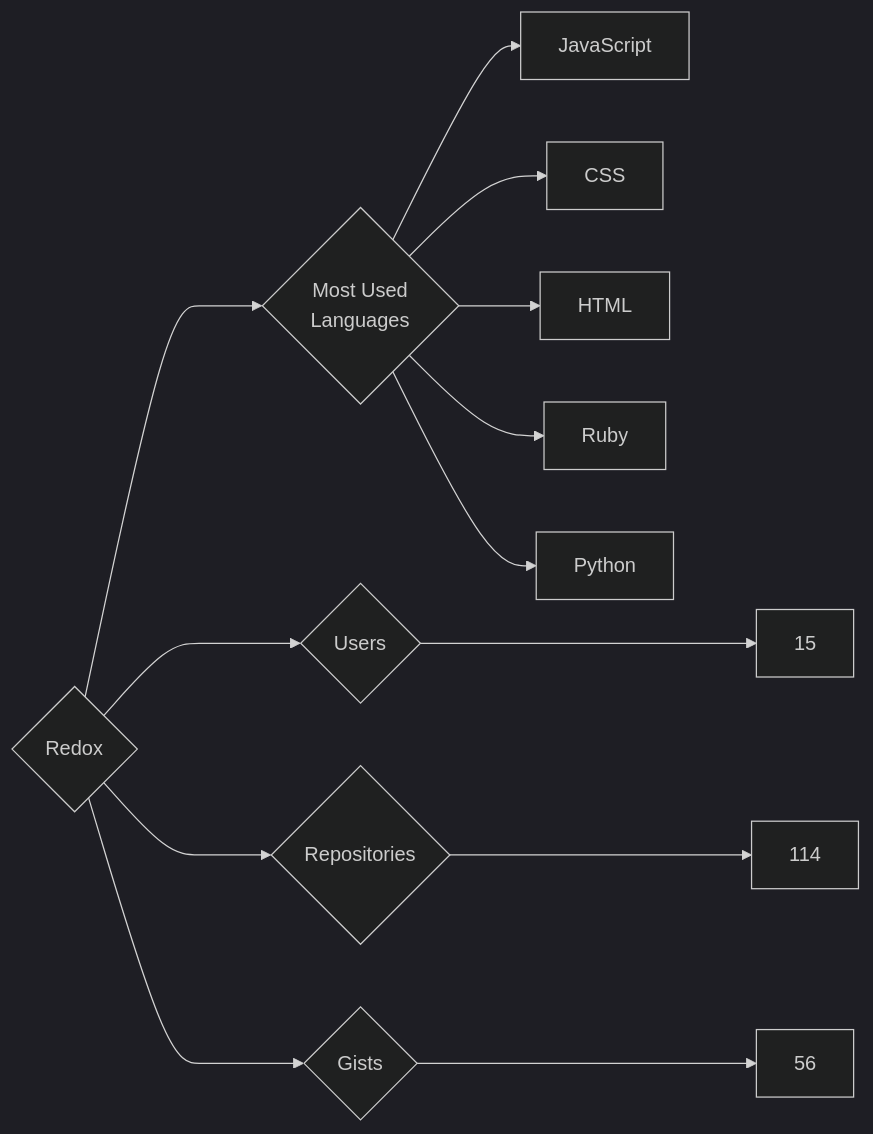
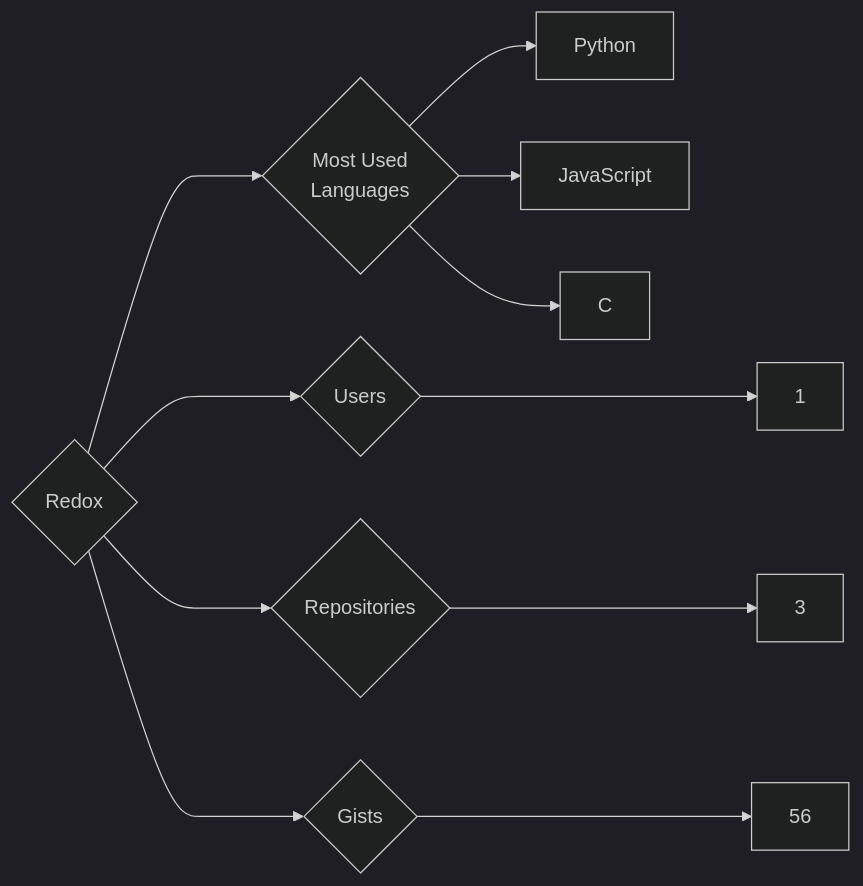
One commit to trickest/insiders changed the diagram in targets/Redox/README.md. Above: the diagram before and after it, drawn with Mermaid (dark theme). The commit also changed 948 other files, not shown here.

````diff
--- a/targets/Redox/README.md
+++ b/targets/Redox/README.md
@@ -3,13 +3,11 @@
 ```mermaid
 graph LR
 COMPANY_NAME{Redox}
-COMPANY_NAME ---> U{Users} ---> UN[15]
-COMPANY_NAME ---> R{Repositories} ---> RN[114]
+COMPANY_NAME ---> U{Users} ---> UN[1]
+COMPANY_NAME ---> R{Repositories} ---> RN[3]
 COMPANY_NAME ---> G{Gists} ---> GN[56]
 COMPANY_NAME ---> ML{Most Used<br>Languages}
+ML --> Python[Python]
 ML --> JavaScript[JavaScript]
-ML --> CSS[CSS]
-ML --> HTML[HTML]
-ML --> Ruby[Ruby]
-ML --> Python[Python]
+ML --> C[C]
 ```
````
